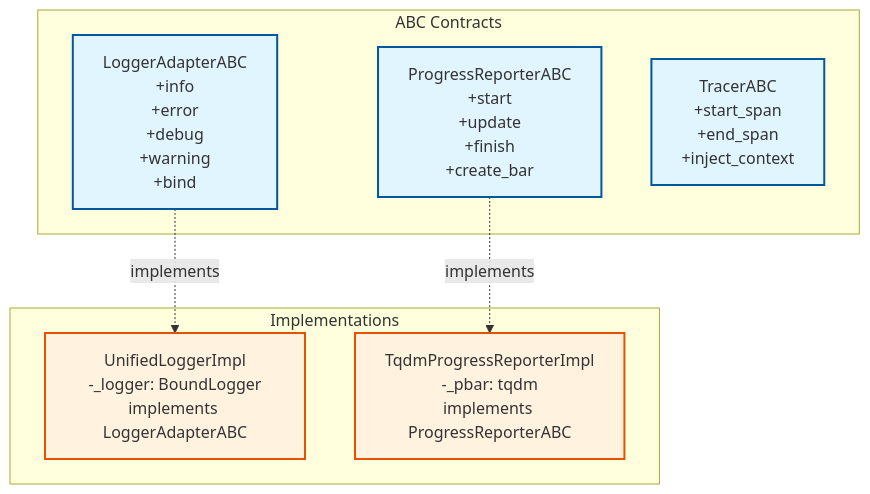
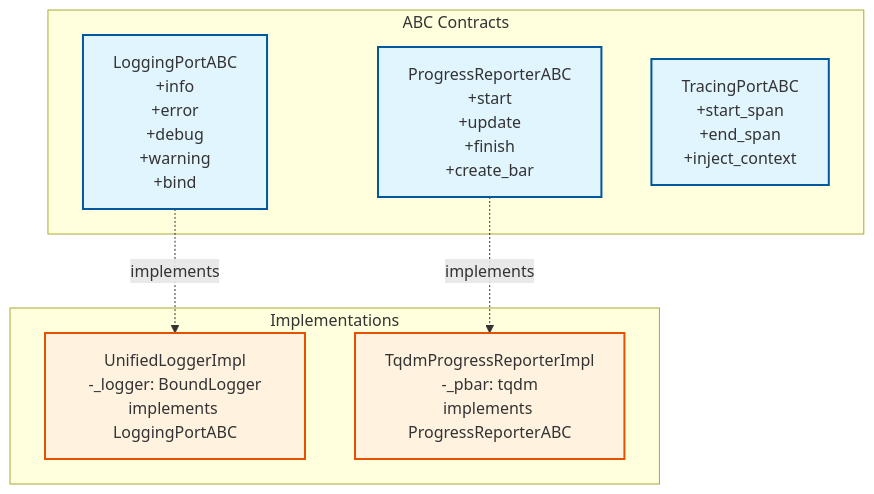
The first of 2 diagrams in docs/infrastructure/logging/00-logging-diagram.md (SatoryKono/BioactivityDataAcquisition), drawn with Mermaid before and after one commit. The commit also changed other lines of this file and 24 other files, not shown here.

````diff
--- a/docs/infrastructure/logging/00-logging-diagram.md
+++ b/docs/infrastructure/logging/00-logging-diagram.md
@@ -5,22 +5,22 @@
 ```mermaid
 graph TB
     subgraph "ABC Contracts"
-        LA[LoggerAdapterABC<br/>+info<br/>+error<br/>+debug<br/>+warning<br/>+bind]
+        LA[LoggingPortABC<br/>+info<br/>+error<br/>+debug<br/>+warning<br/>+bind]
         PA[ProgressReporterABC<br/>+start<br/>+update<br/>+finish<br/>+create_bar]
-        TA[TracerABC<br/>+start_span<br/>+end_span<br/>+inject_context]
+        TA[TracingPortABC<br/>+start_span<br/>+end_span<br/>+inject_context]
     end
     
     subgraph "Implementations"
-        UL[UnifiedLoggerImpl<br/>-_logger: BoundLogger<br/>implements LoggerAdapterABC]
+        UL[UnifiedLoggerImpl<br/>-_logger: BoundLogger<br/>implements LoggingPortABC]
         TP[TqdmProgressReporterImpl<br/>-_pbar: tqdm<br/>implements ProgressReporterABC]
     end
     
     LA -.->|implements| UL
     PA -.->|implements| TP
     
     style LA fill:#e1f5ff,stroke:#01579b,stroke-width:2px
     style PA fill:#e1f5ff,stroke:#01579b,stroke-width:2px
     style TA fill:#e1f5ff,stroke:#01579b,stroke-width:2px
     style UL fill:#fff3e0,stroke:#e65100,stroke-width:2px
     style TP fill:#fff3e0,stroke:#e65100,stroke-width:2px
 ```
````
